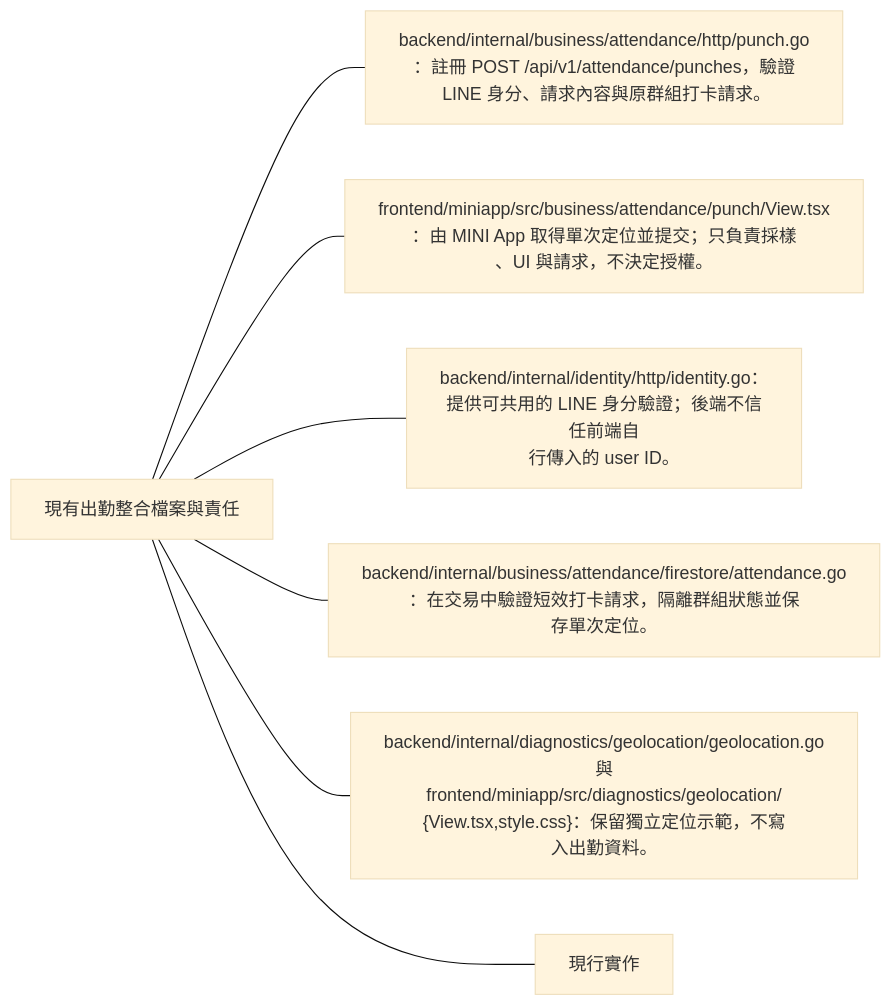
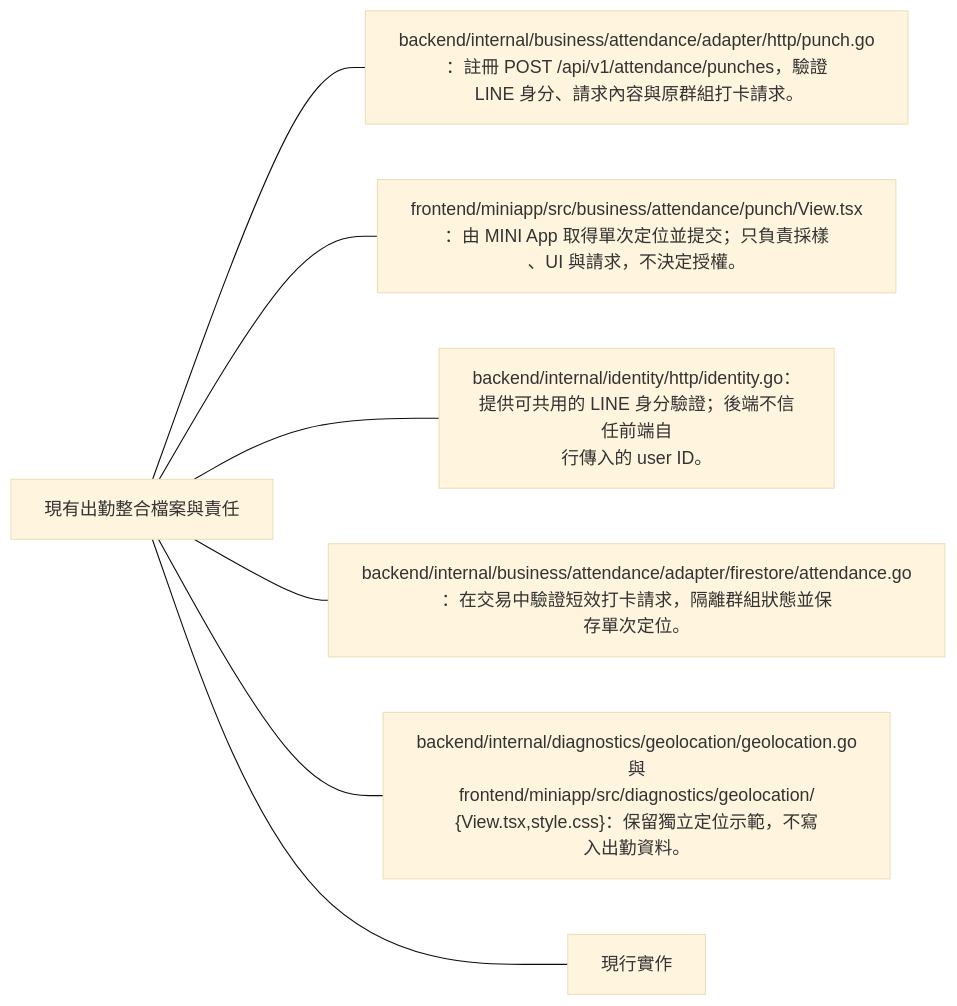
Diagram 12 of 14 in docs/architecture/integrations/web-geolocation.md (963sup/line-mini-app-bot), drawn with Mermaid (base theme) before and after one commit. The commit also changed 179 other files, not shown here.

````diff
--- a/docs/architecture/integrations/web-geolocation.md
+++ b/docs/architecture/integrations/web-geolocation.md
@@ -98,10 +98,10 @@
 ```mermaid
 flowchart LR
   h["現有出勤整合檔案與責任"]
-  h --- n0["backend/internal/business/attendance/http/punch.go<br/>：註冊 POST /api/v1/attendance/punches，驗證<br/> LINE 身分、請求內容與原群組打卡請求。"]
+  h --- n0["backend/internal/business/attendance/adapter/http/punch.go<br/>：註冊 POST /api/v1/attendance/punches，驗證<br/> LINE 身分、請求內容與原群組打卡請求。"]
   h --- n1["frontend/miniapp/src/business/attendance/punch/View.tsx<br/>：由 MINI App 取得單次定位並提交；只負責採樣<br/>、UI 與請求，不決定授權。"]
   h --- n2["backend/internal/identity/http/identity.go：<br/>提供可共用的 LINE 身分驗證；後端不信任前端自<br/>行傳入的 user ID。"]
-  h --- n3["backend/internal/business/attendance/firestore/attendance.go<br/>：在交易中驗證短效打卡請求，隔離群組狀態並保<br/>存單次定位。"]
+  h --- n3["backend/internal/business/attendance/adapter/firestore/attendance.go<br/>：在交易中驗證短效打卡請求，隔離群組狀態並保<br/>存單次定位。"]
   h --- n4["backend/internal/diagnostics/geolocation/geolocation.go<br/> 與 <br/>frontend/miniapp/src/diagnostics/geolocation/<br/>{View.tsx,style.css}：保留獨立定位示範，不寫<br/>入出勤資料。"]
   h --- n5["現行實作"]
 ```
````
